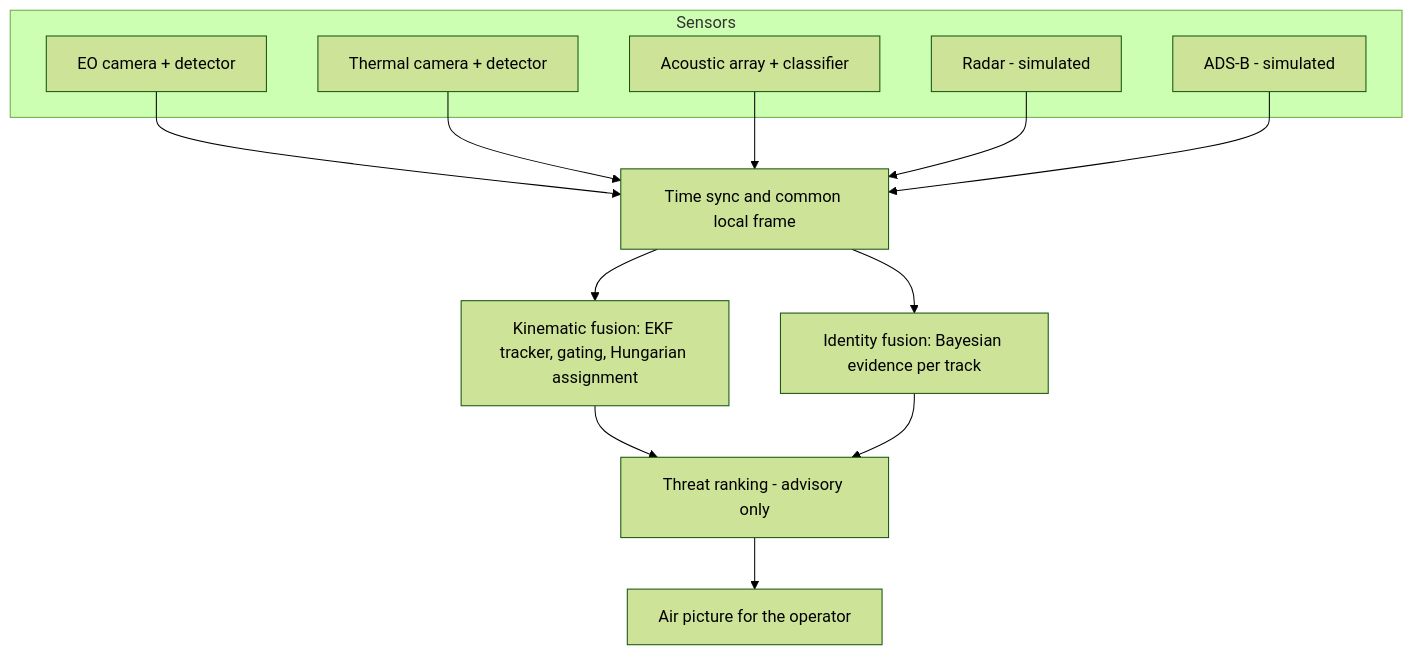
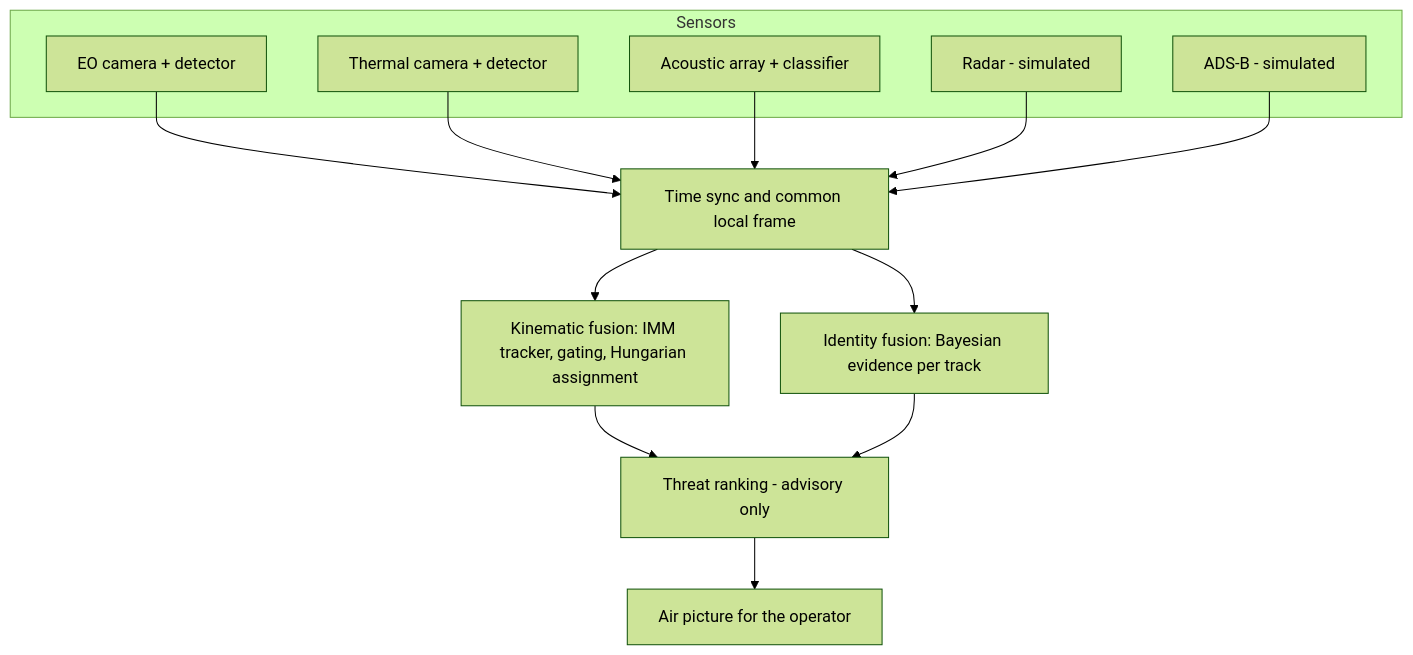
The diagram in README.md (pranjal-agarwal01/Nabhnetra), drawn with Mermaid (forest theme) before and after one commit. The commit also changed other lines of this file and 29 other files, not shown here.

First line of the commit message:
Add IMM tracker, sensitivity analysis and audio false-alarm rule

````diff
--- a/README.md
+++ b/README.md
@@ -38,16 +50,16 @@
 ```mermaid
 flowchart TB
   subgraph Sensors
     EO[EO camera + detector]
     IR[Thermal camera + detector]
     AC[Acoustic array + classifier]
     RD[Radar - simulated]
     AD[ADS-B - simulated]
   end
   EO & IR & AC & RD & AD --> AL[Time sync and common local frame]
-  AL --> KF[Kinematic fusion: EKF tracker, gating, Hungarian assignment]
+  AL --> KF[Kinematic fusion: IMM tracker, gating, Hungarian assignment]
   AL --> ID[Identity fusion: Bayesian evidence per track]
   KF --> TA[Threat ranking - advisory only]
   ID --> TA
   TA --> COP[Air picture for the operator]
 ```
````
